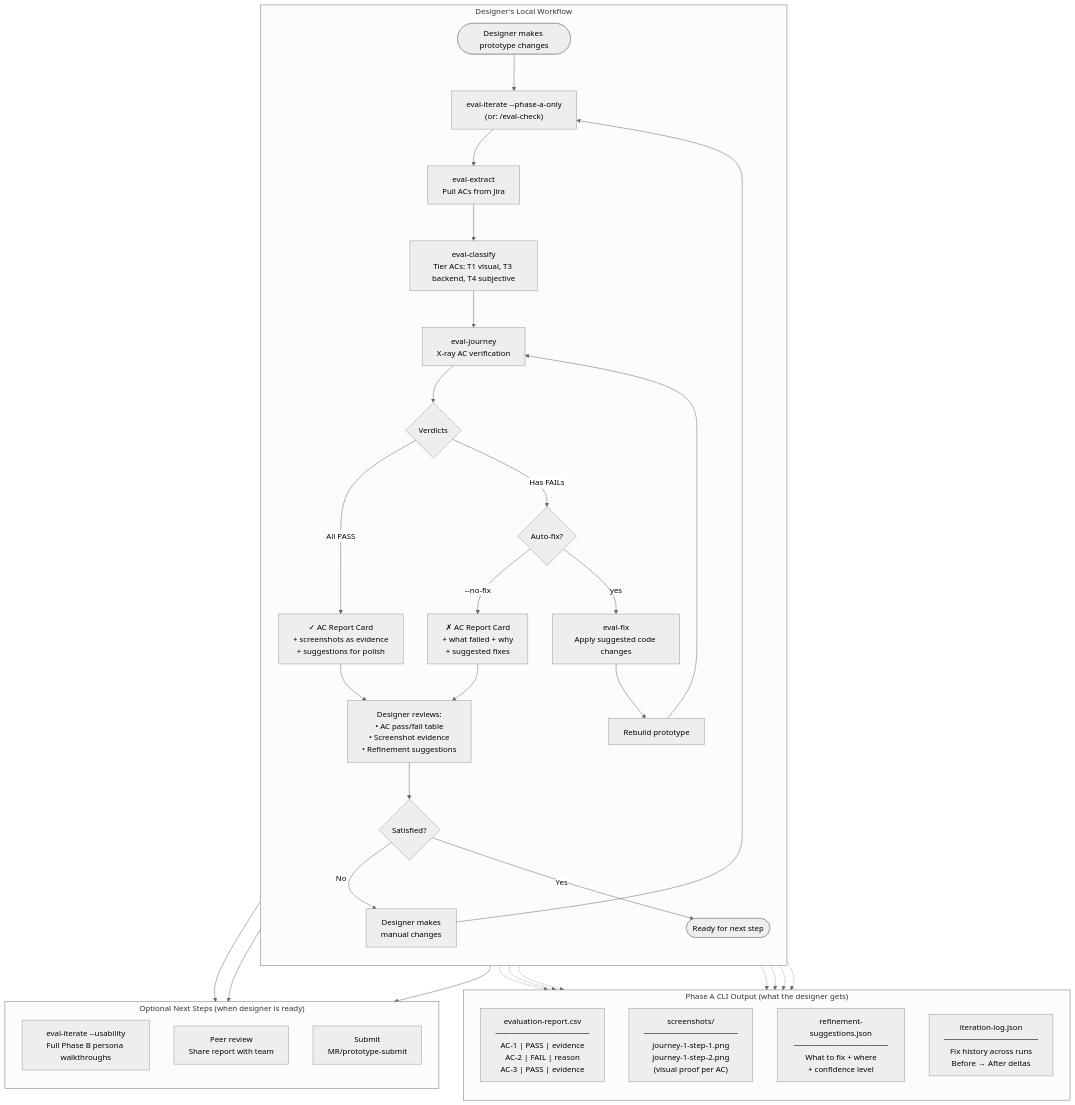
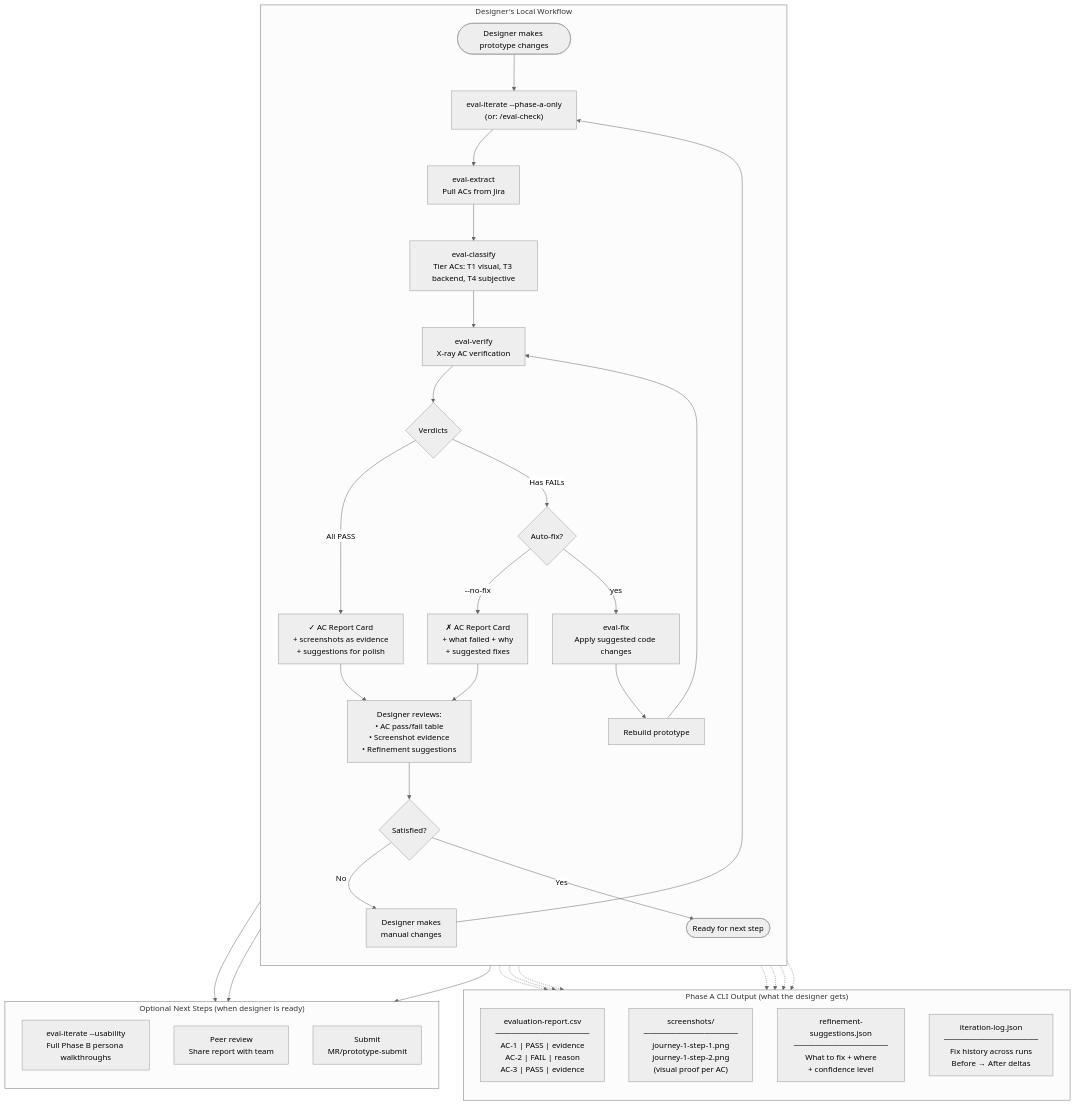
The first of 2 diagrams in .claude/skills/eval/references/phase-a-cli-workflow.md (jaquevan/prototype-creator), drawn with Mermaid (neutral theme) before and after one commit. The commit also changed other lines of this file and 27 other files, not shown here.

````diff
--- a/.claude/skills/eval/references/phase-a-cli-workflow.md
+++ b/.claude/skills/eval/references/phase-a-cli-workflow.md
@@ -7,53 +7,53 @@
 ```mermaid
 flowchart TD
     subgraph DESIGNER["Designer's Local Workflow"]
         direction TB
         START([Designer makes prototype changes]) --> TRIGGER["eval-iterate --phase-a-only\n(or: /eval-check)"]
         TRIGGER --> EXTRACT[eval-extract\nPull ACs from Jira]
         EXTRACT --> CLASSIFY[eval-classify\nTier ACs: T1 visual, T3 backend, T4 subjective]
-        CLASSIFY --> JOURNEY[eval-journey\nX-ray AC verification]
+        CLASSIFY --> JOURNEY[eval-verify\nX-ray AC verification]
         JOURNEY --> VERDICTS{Verdicts}
         
         VERDICTS -->|All PASS| REPORT_PASS["✓ AC Report Card\n+ screenshots as evidence\n+ suggestions for polish"]
         VERDICTS -->|Has FAILs| FIX_DECISION{Auto-fix?}
         
         FIX_DECISION -->|--no-fix| REPORT_FAIL["✗ AC Report Card\n+ what failed + why\n+ suggested fixes"]
         FIX_DECISION -->|yes| EVALFIX[eval-fix\nApply suggested code changes]
         EVALFIX --> REBUILD[Rebuild prototype]
         REBUILD --> JOURNEY
         
         REPORT_PASS --> DESIGNER_REVIEW["Designer reviews:\n• AC pass/fail table\n• Screenshot evidence\n• Refinement suggestions"]
         REPORT_FAIL --> DESIGNER_REVIEW
         
         DESIGNER_REVIEW --> SATISFIED{Satisfied?}
         SATISFIED -->|No| MANUAL_FIX["Designer makes\nmanual changes"]
         MANUAL_FIX --> TRIGGER
         SATISFIED -->|Yes| READY([Ready for next step])
     end
 
     subgraph OUTPUT["Phase A CLI Output (what the designer gets)"]
         direction TB
         O1["evaluation-report.csv\n─────────────────\nAC-1 | PASS | evidence\nAC-2 | FAIL | reason\nAC-3 | PASS | evidence"]
         O2["screenshots/\n─────────────────\njourney-1-step-1.png\njourney-1-step-2.png\n(visual proof per AC)"]
         O3["refinement-suggestions.json\n─────────────────\nWhat to fix + where\n+ confidence level"]
         O4["iteration-log.json\n─────────────────\nFix history across runs\nBefore → After deltas"]
     end
 
     subgraph NEXT["Optional Next Steps (when designer is ready)"]
         direction TB
         N1["eval-iterate --usability\nFull Phase B persona walkthroughs"]
         N2["Peer review\nShare report with team"]
         N3["Submit\nMR/prototype-submit"]
     end
 
     READY --> N1
     READY --> N2
     READY --> N3
     REPORT_PASS -.-> O1
     REPORT_PASS -.-> O2
     REPORT_PASS -.-> O3
     REPORT_FAIL -.-> O1
     REPORT_FAIL -.-> O2
     REPORT_FAIL -.-> O3
     MANUAL_FIX -.-> O4
 ```
````
